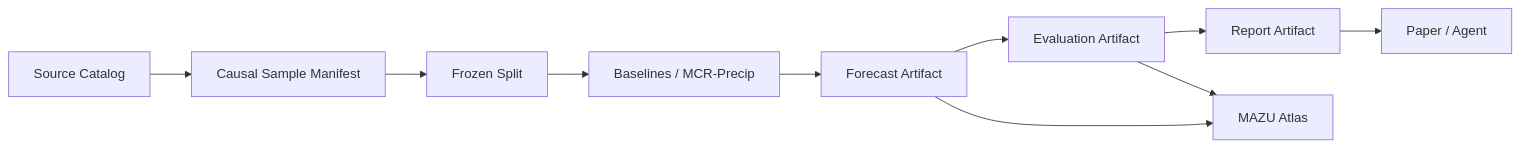
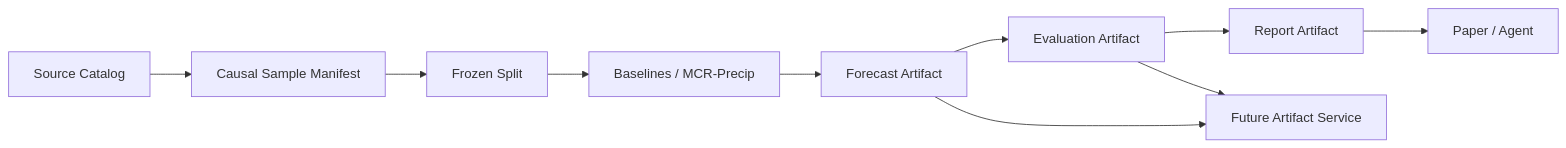
One commit to turgutino/mazu-saudi changed the diagram in docs/reference_asset_migration_blueprint.md. Above: the diagram before and after it, drawn with Mermaid. The commit also changed other lines of this file and 25 other files, not shown here.

````diff
--- a/docs/reference_asset_migration_blueprint.md
+++ b/docs/reference_asset_migration_blueprint.md
@@ -28,12 +28,12 @@
 ```mermaid
 flowchart LR
     A["Source Catalog"] --> B["Causal Sample Manifest"]
     B --> C["Frozen Split"]
     C --> D["Baselines / MCR-Precip"]
     D --> E["Forecast Artifact"]
     E --> F["Evaluation Artifact"]
     F --> G["Report Artifact"]
-    E --> H["MAZU Atlas"]
+    E --> H["Future Artifact Service"]
     F --> H
     G --> I["Paper / Agent"]
 ```
````
